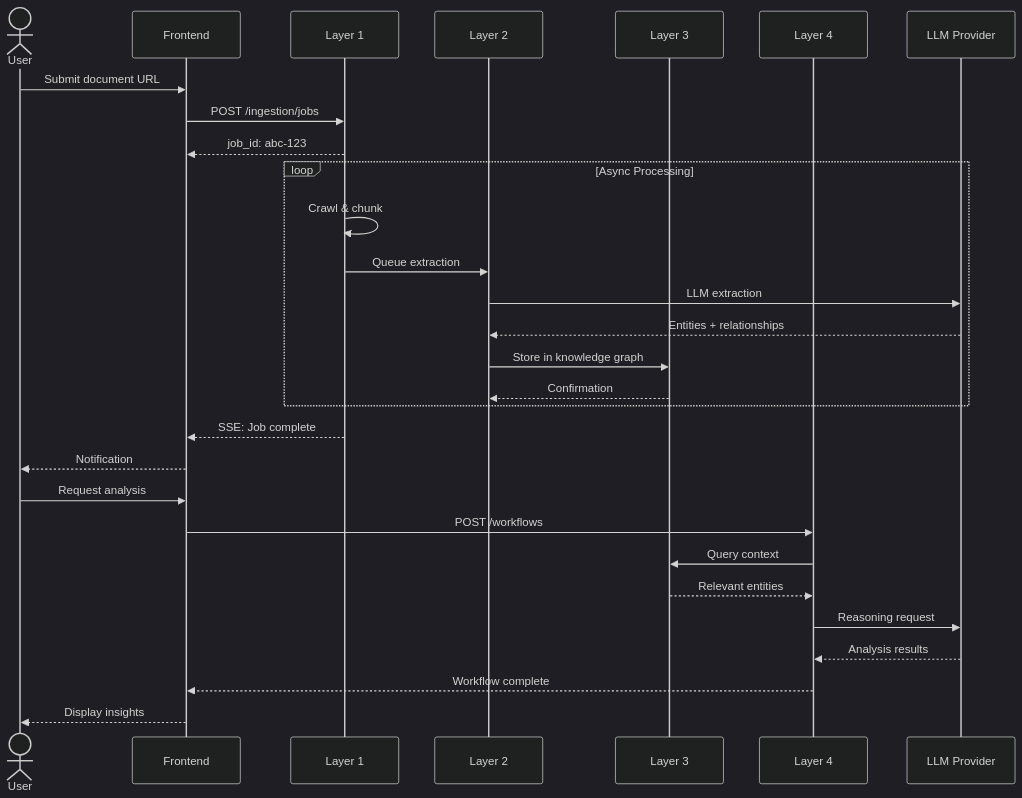
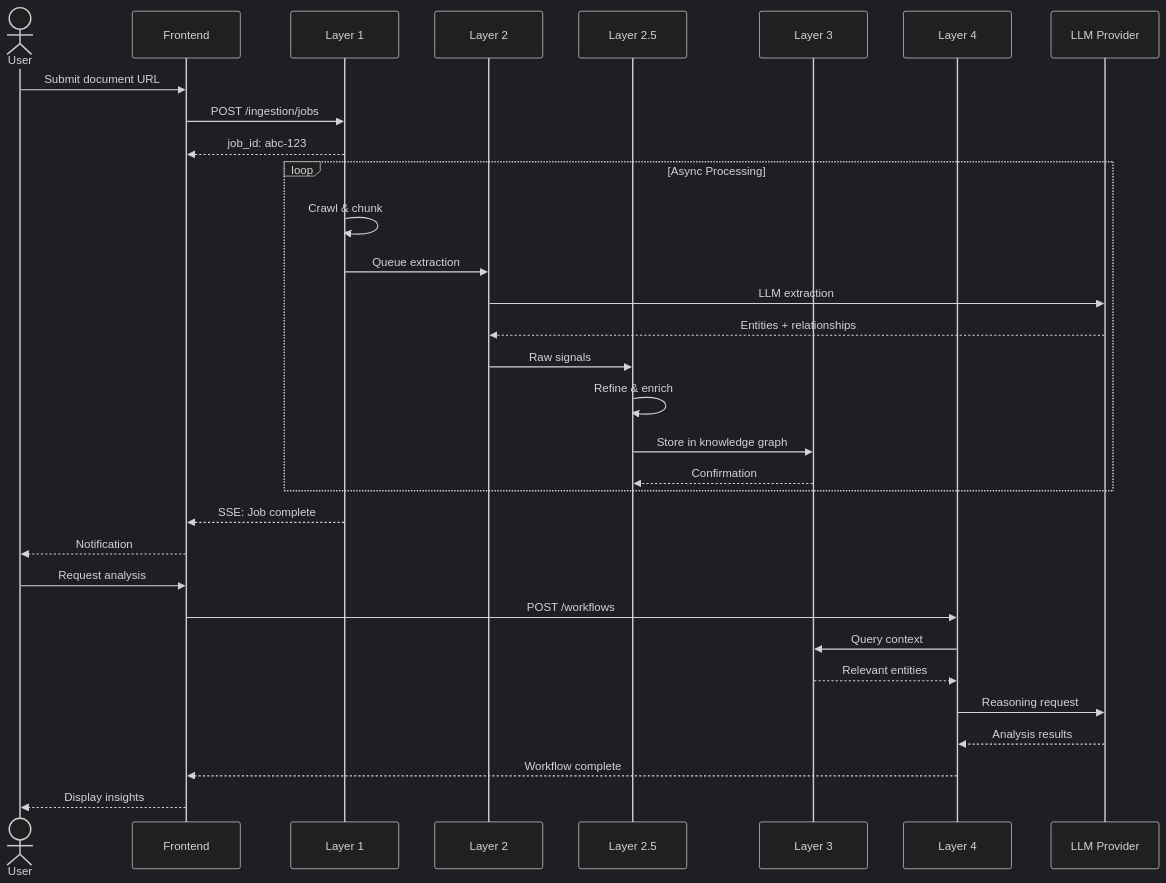
Before and after one commit to Valynt/Fabric_4L: the ninth of 11 diagrams in docs/core-concepts/architecture.md, drawn with Mermaid (dark theme). The commit also changed other lines of this file and 64 other files, not shown here.

First line of the commit message:
docs: consolidate architecture documentation and update command references

````diff
--- a/docs/core-concepts/architecture.md
+++ b/docs/core-concepts/architecture.md
@@ -332,35 +439,38 @@
 ```mermaid
 sequenceDiagram
     actor U as User
     participant FE as Frontend
     participant L1 as Layer 1
     participant L2 as Layer 2
+    participant L2_5 as Layer 2.5
     participant L3 as Layer 3
     participant L4 as Layer 4
     participant AI as LLM Provider
     
     U->>FE: Submit document URL
     FE->>L1: POST /ingestion/jobs
     L1-->>FE: job_id: abc-123
     
     loop Async Processing
         L1->>L1: Crawl & chunk
         L1->>L2: Queue extraction
         L2->>AI: LLM extraction
         AI-->>L2: Entities + relationships
-        L2->>L3: Store in knowledge graph
-        L3-->>L2: Confirmation
+        L2->>L2_5: Raw signals
+        L2_5->>L2_5: Refine & enrich
+        L2_5->>L3: Store in knowledge graph
+        L3-->>L2_5: Confirmation
     end
     
     L1-->>FE: SSE: Job complete
     FE-->>U: Notification
     
     U->>FE: Request analysis
     FE->>L4: POST /workflows
     L4->>L3: Query context
     L3-->>L4: Relevant entities
     L4->>AI: Reasoning request
     AI-->>L4: Analysis results
     L4-->>FE: Workflow complete
     FE-->>U: Display insights
 ```
````
